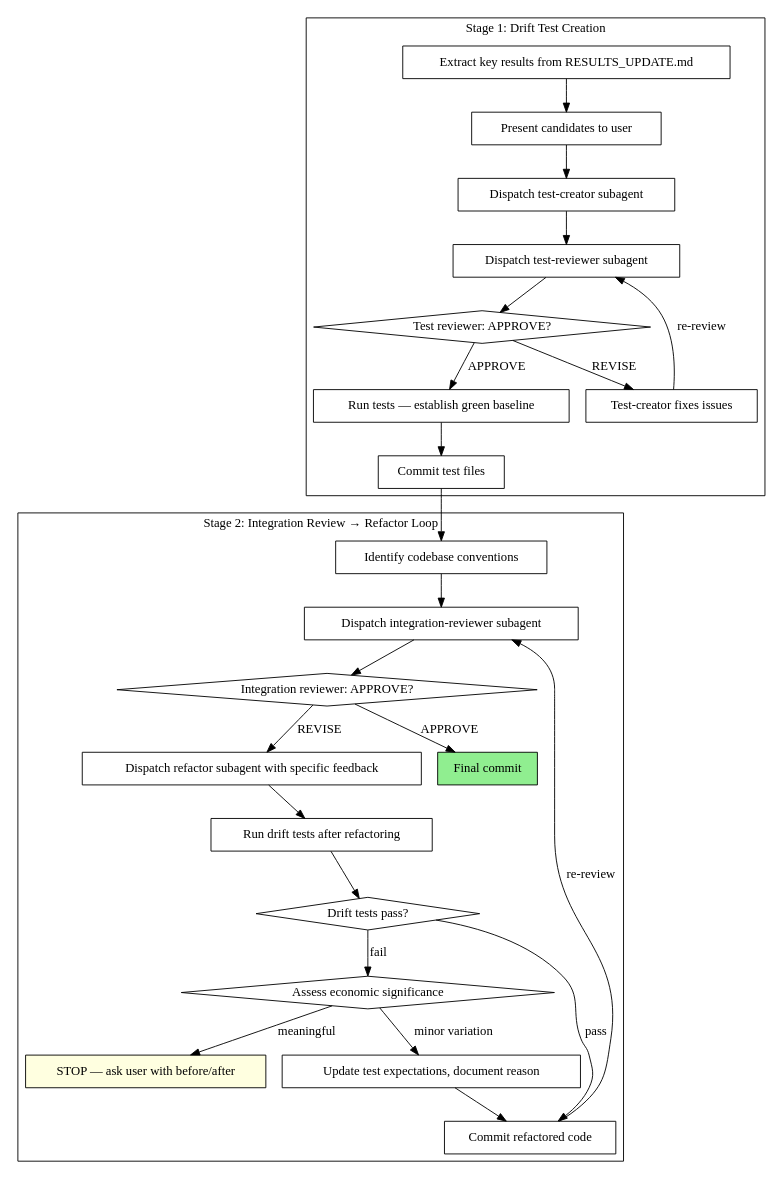
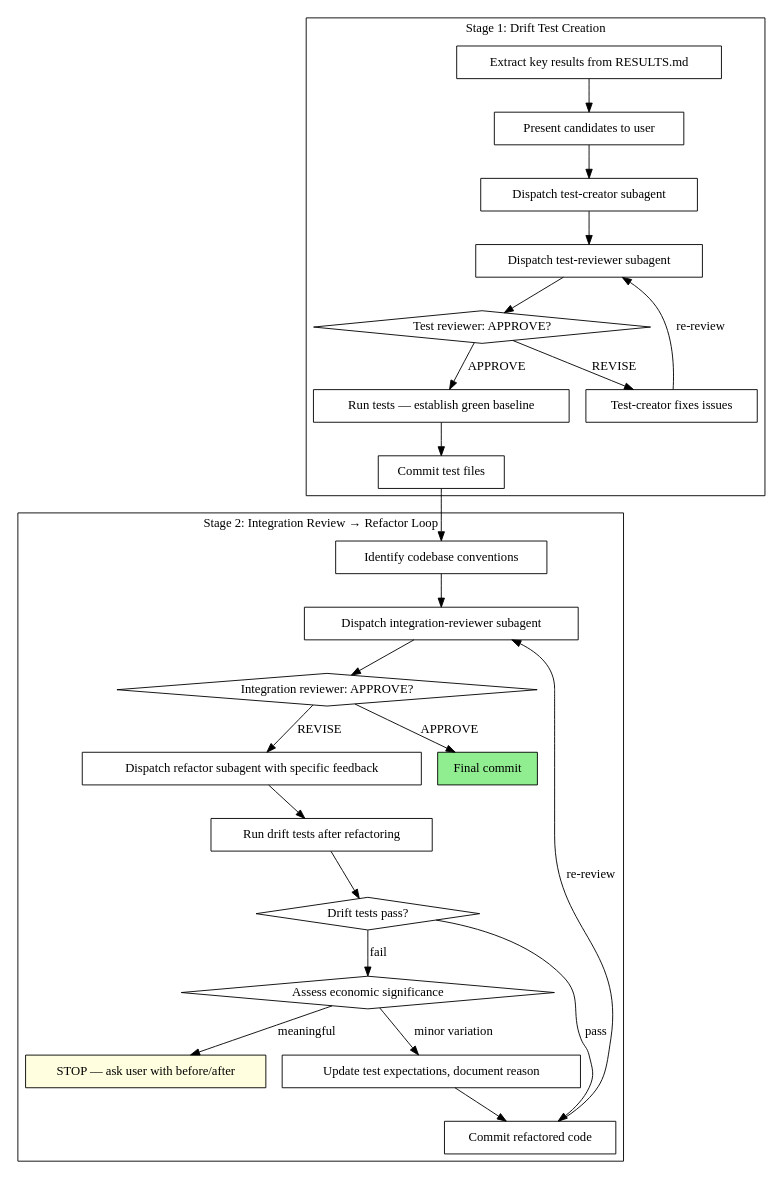
Before and after one commit to FuZhiyu/superRA: the diagram in skills/integration-workflow/SKILL.md, drawn with Graphviz. The commit also changed other lines of this file, not shown here.

````diff
--- a/skills/integration-workflow/SKILL.md
+++ b/skills/integration-workflow/SKILL.md
@@ -20,55 +20,55 @@
 ```dot
 digraph integration_workflow {
     rankdir=TB;
 
     subgraph cluster_stage1 {
         label="Stage 1: Drift Test Creation";
-        "Extract key results from RESULTS_UPDATE.md" [shape=box];
+        "Extract key results from RESULTS.md" [shape=box];
         "Present candidates to user" [shape=box];
         "Dispatch test-creator subagent" [shape=box];
         "Dispatch test-reviewer subagent" [shape=box];
         "Test reviewer: APPROVE?" [shape=diamond];
         "Test-creator fixes issues" [shape=box];
         "Run tests — establish green baseline" [shape=box];
         "Commit test files" [shape=box];
     }
 
     subgraph cluster_stage2 {
         label="Stage 2: Integration Review → Refactor Loop";
         "Identify codebase conventions" [shape=box];
         "Dispatch integration-reviewer subagent" [shape=box];
         "Integration reviewer: APPROVE?" [shape=diamond];
         "Dispatch refactor subagent with specific feedback" [shape=box];
         "Run drift tests after refactoring" [shape=box];
         "Drift tests pass?" [shape=diamond];
         "Assess economic significance" [shape=diamond];
         "STOP — ask user with before/after" [shape=box style=filled fillcolor=lightyellow];
         "Update test expectations, document reason" [shape=box];
         "Commit refactored code" [shape=box];
         "Final commit" [shape=box style=filled fillcolor=lightgreen];
     }
 
-    "Extract key results from RESULTS_UPDATE.md" -> "Present candidates to user";
+    "Extract key results from RESULTS.md" -> "Present candidates to user";
     "Present candidates to user" -> "Dispatch test-creator subagent";
     "Dispatch test-creator subagent" -> "Dispatch test-reviewer subagent";
     "Dispatch test-reviewer subagent" -> "Test reviewer: APPROVE?";
     "Test reviewer: APPROVE?" -> "Run tests — establish green baseline" [label="APPROVE"];
     "Test reviewer: APPROVE?" -> "Test-creator fixes issues" [label="REVISE"];
     "Test-creator fixes issues" -> "Dispatch test-reviewer subagent" [label="re-review"];
     "Run tests — establish green baseline" -> "Commit test files";
 
     "Commit test files" -> "Identify codebase conventions";
     "Identify codebase conventions" -> "Dispatch integration-reviewer subagent";
     "Dispatch integration-reviewer subagent" -> "Integration reviewer: APPROVE?";
     "Integration reviewer: APPROVE?" -> "Final commit" [label="APPROVE"];
     "Integration reviewer: APPROVE?" -> "Dispatch refactor subagent with specific feedback" [label="REVISE"];
     "Dispatch refactor subagent with specific feedback" -> "Run drift tests after refactoring";
     "Run drift tests after refactoring" -> "Drift tests pass?";
     "Drift tests pass?" -> "Commit refactored code" [label="pass"];
     "Drift tests pass?" -> "Assess economic significance" [label="fail"];
     "Assess economic significance" -> "STOP — ask user with before/after" [label="meaningful"];
     "Assess economic significance" -> "Update test expectations, document reason" [label="minor variation"];
     "Update test expectations, document reason" -> "Commit refactored code";
     "Commit refactored code" -> "Dispatch integration-reviewer subagent" [label="re-review"];
 }
 ```
````
